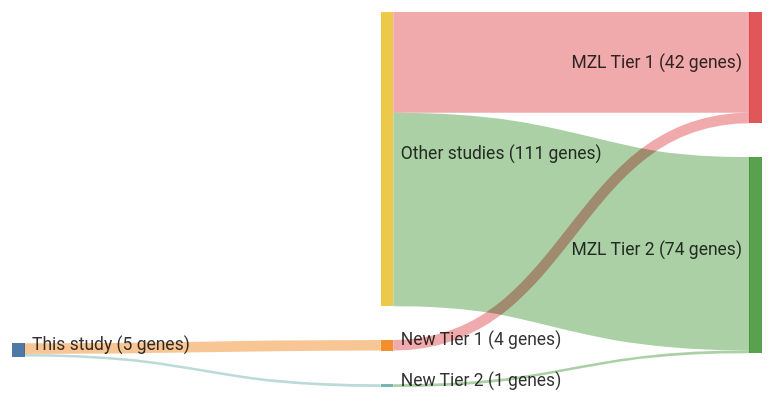
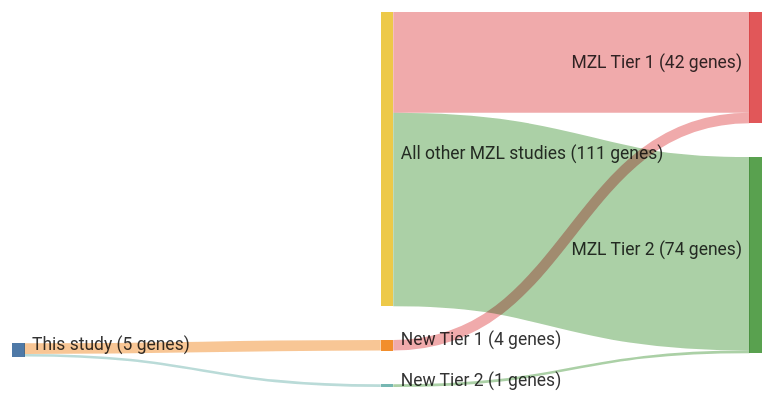
The diagram in papers/rossiAlterationBIRC3Multiple2011a.md (morinlab/lymphopedia), drawn with Mermaid before and after one commit. The commit also changed 82 other files, not shown here.

````diff
--- a/papers/rossiAlterationBIRC3Multiple2011a.md
+++ b/papers/rossiAlterationBIRC3Multiple2011a.md
@@ -12,20 +12,20 @@
 ```mermaid
 ---
 config:
     sankey:
         showValues: true
         linkColor: target
         width: 600
         height: 300
         nodeAlignment: right
         prefix: '('
         suffix: ' genes)'
 ---
 sankey-beta
 This study, New Tier 1, 4
 New Tier 1, MZL Tier 1, 4
 This study, New Tier 2, 1
 New Tier 2, MZL Tier 2, 1
-Other studies, MZL Tier 1, 38
-Other studies, MZL Tier 2, 73
+All other MZL studies, MZL Tier 1, 38
+All other MZL studies, MZL Tier 2, 73
 ```
````
